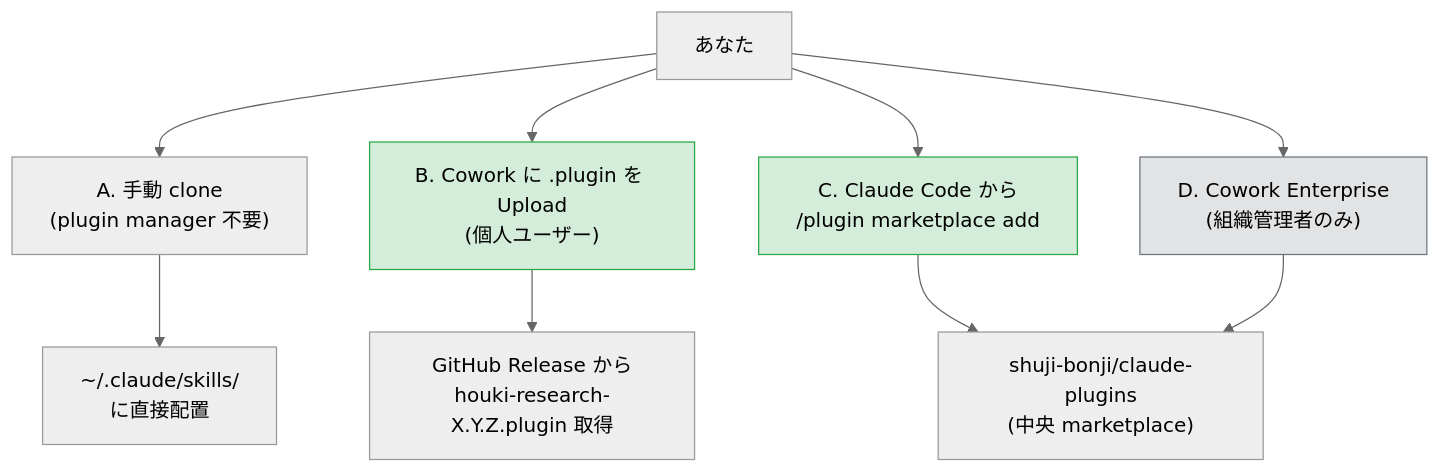
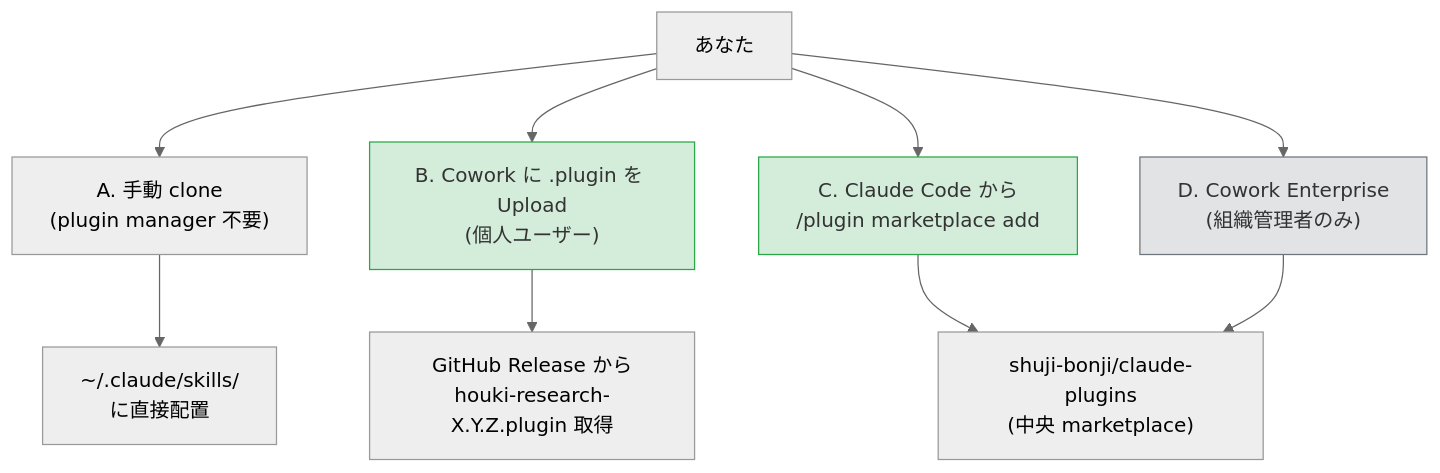
One commit to shuji-bonji/houki-research-skill changed the second of 2 diagrams in README.md. Above: the diagram before and after it, drawn with Mermaid (neutral theme). The commit also changed other lines of this file and 5 other files, not shown here.

````diff
--- a/README.md
+++ b/README.md
@@ -60,18 +60,18 @@
 ```mermaid
 graph TB
   user[あなた]
   user --> A["A. 手動 clone<br/>(plugin manager 不要)"]
   user --> B["B. Cowork に .plugin を Upload<br/>(個人ユーザー)"]
   user --> C["C. Claude Code から<br/>/plugin marketplace add"]
   user --> D["D. Cowork Enterprise<br/>(組織管理者のみ)"]
 
   A --> dirA["~/.claude/skills/<br/>に直接配置"]
   B --> rel["GitHub Release から<br/>houki-research-X.Y.Z.plugin 取得"]
   C --> mp["shuji-bonji/claude-plugins<br/>(中央 marketplace)"]
   D --> mp
 
-  classDef rec fill:#d4edda,stroke:#28a745
-  classDef ent fill:#e2e3e5,stroke:#6c757d
+  classDef rec fill:#d4edda,stroke:#28a745,color:#333
+  classDef ent fill:#e2e3e5,stroke:#6c757d,color:#333
   class B,C rec
   class D ent
 ```
````
